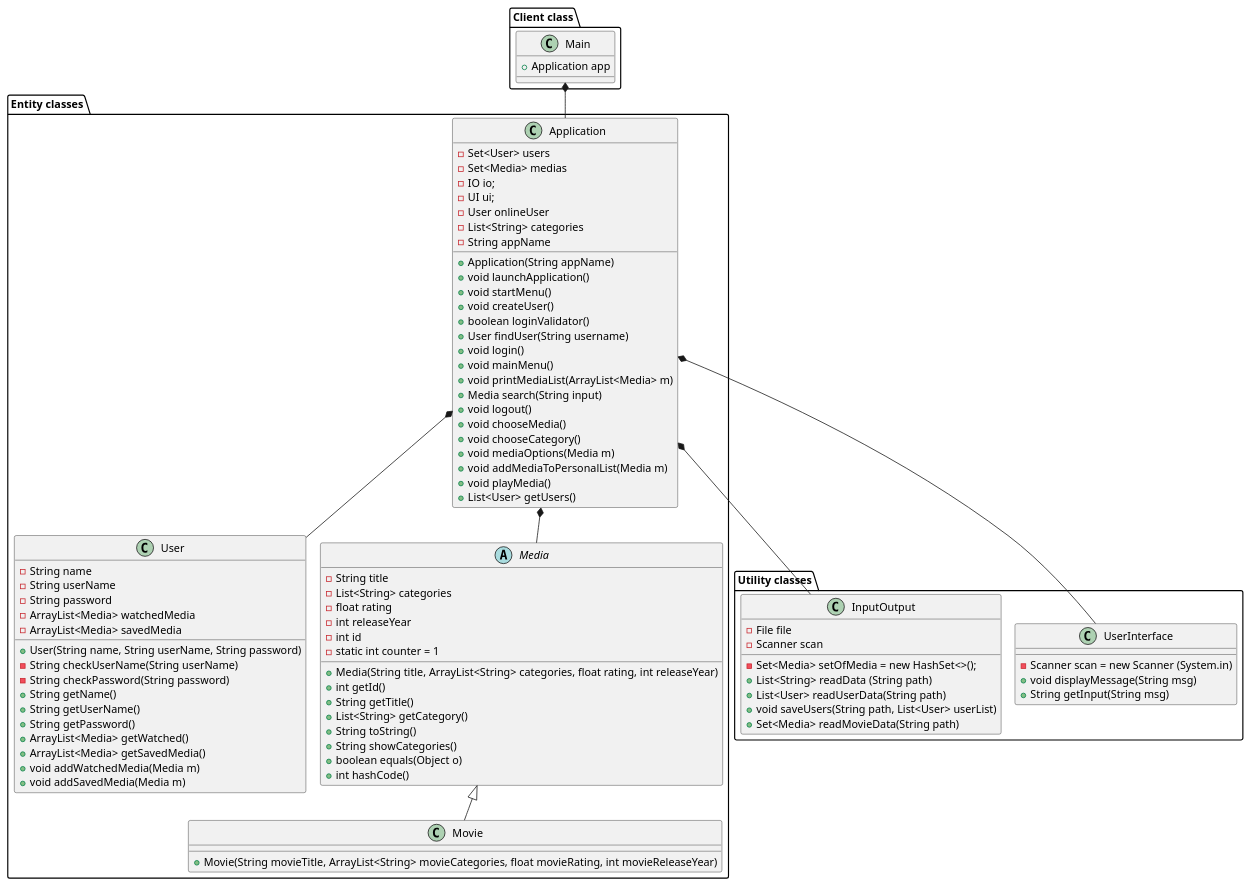
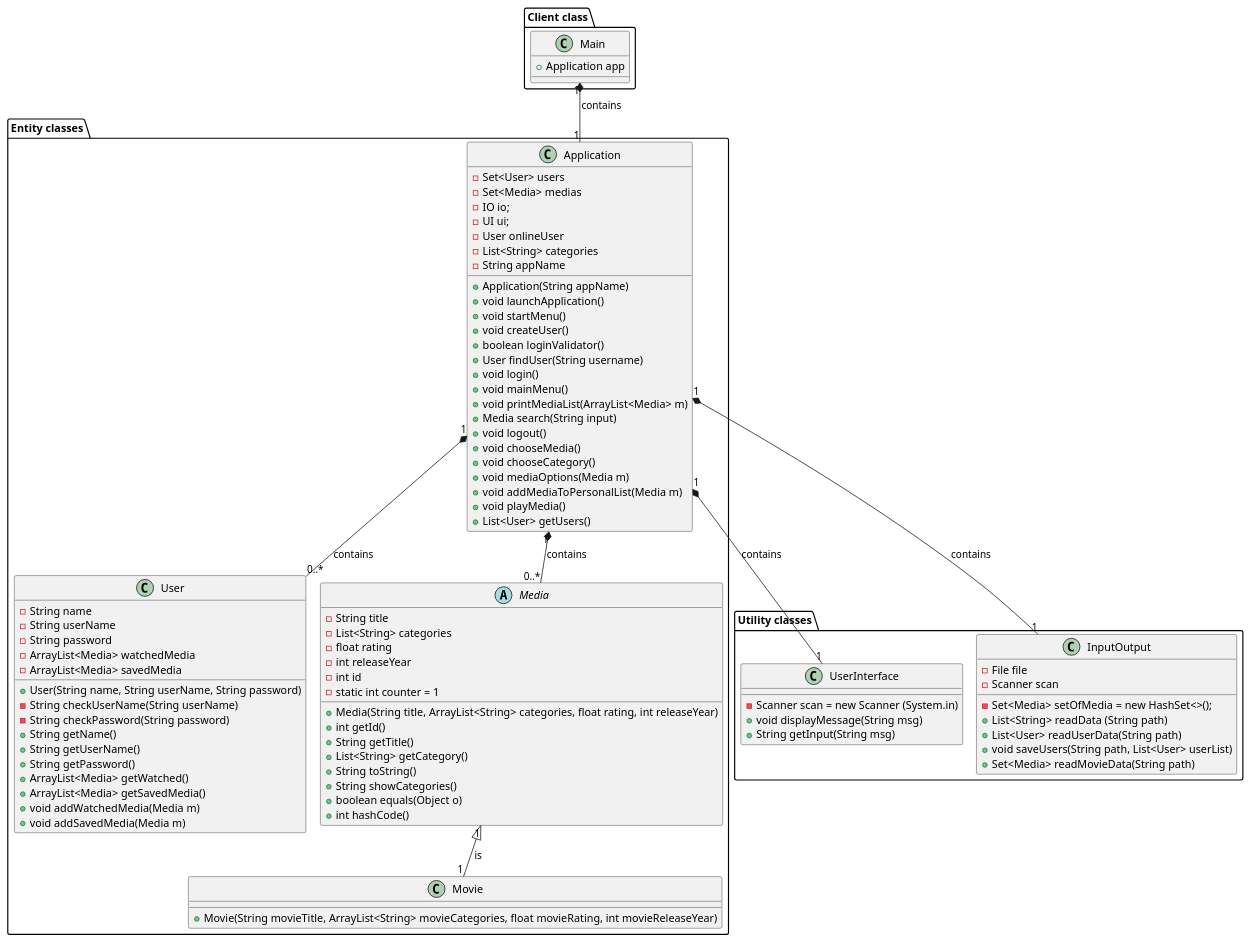
The diagram in src/Documents/classDiagram.puml (badranyoussef/SP3), drawn with PlantUML before and after one commit. The commit also changed 4 other files, not shown here.

```diff
--- a/src/Documents/classDiagram.puml
+++ b/src/Documents/classDiagram.puml
@@ -1,107 +1,107 @@
 @startuml
 'https://plantuml.com/class-diagram
 !pragma layout smetana
 
 'Client Package
 package "Client class"{
 class Main
 }
 
 'Utility Package
 package "Utility classes"{
 class UserInterface
 class InputOutput
 }
 
 'Entity Package
 package "Entity classes"{
 class Movie
 class Application
 class User
 abstract Media
 }
 
 'Label on Relations !MANGLER
-Application *-- UserInterface
-Application *-- InputOutput
-Application *-- User
-Application *-- Media
-Media <|-- Movie
-Main *-- Application
+Application "1" *-- "1" UserInterface: contains
+Application "1" *-- "1" InputOutput: contains
+Application "1" *-- "0..*" User: contains
+Application "1" *-- "0..*" Media: contains
+Media "1" <|-- "1" Movie: is
+Main "1" *-- "1" Application: contains
 
 'Class Methods & Attributes
 Main : + Application app
 
 Application : - Set<User> users
 Application : - Set<Media> medias
 Application : - IO io;
 Application : - UI ui;
 Application : - User onlineUser
 Application : - List<String> categories
 Application : - String appName
 Application : + Application(String appName)
 Application : + void launchApplication()
 Application : + void startMenu()
 Application : + void createUser()
 Application : + boolean loginValidator()
 Application : + User findUser(String username)
 Application : + void login()
 Application : + void mainMenu()
 Application : + void printMediaList(ArrayList<Media> m)
 Application : + Media search(String input)
 Application : + void logout()
 Application : + void chooseMedia()
 Application : + void chooseCategory()
 Application : + void mediaOptions(Media m)
 Application : + void addMediaToPersonalList(Media m)
 Application : + void playMedia()
 Application : + List<User> getUsers()
 
 User : - String name
 User : - String userName
 User : - String password
 User : - ArrayList<Media> watchedMedia
 User : - ArrayList<Media> savedMedia
 User : + User(String name, String userName, String password)
 User : - String checkUserName(String userName)
 User : - String checkPassword(String password)
 
 User : + String getName()
 User : + String getUserName()
 User : + String getPassword()
 User : + ArrayList<Media> getWatched()
 User : + ArrayList<Media> getSavedMedia()
 User : + void addWatchedMedia(Media m)
 User : + void addSavedMedia(Media m)
 
 InputOutput : - File file
 InputOutput : - Scanner scan
 InputOutput : - Set<Media> setOfMedia = new HashSet<>();
 InputOutput : + List<String> readData (String path)
 InputOutput : + List<User> readUserData(String path)
 InputOutput : + void saveUsers(String path, List<User> userList)
 InputOutput : + Set<Media> readMovieData(String path)
 
 UserInterface : - Scanner scan = new Scanner (System.in)
 UserInterface : + void displayMessage(String msg)
 UserInterface : + String getInput(String msg)
 
 Media : - String title
 Media : - List<String> categories
 Media : - float rating
 Media : - int releaseYear
 Media : - int id
 Media : - static int counter = 1
 Media : + Media(String title, ArrayList<String> categories, float rating, int releaseYear)
 Media : + int getId()
 Media : + String getTitle()
 Media : + List<String> getCategory()
 Media : + String toString()
 Media : + String showCategories()
 Media : + boolean equals(Object o)
 Media : + int hashCode()
 
 Movie : + Movie(String movieTitle, ArrayList<String> movieCategories, float movieRating, int movieReleaseYear)
 
 
 @enduml
```
